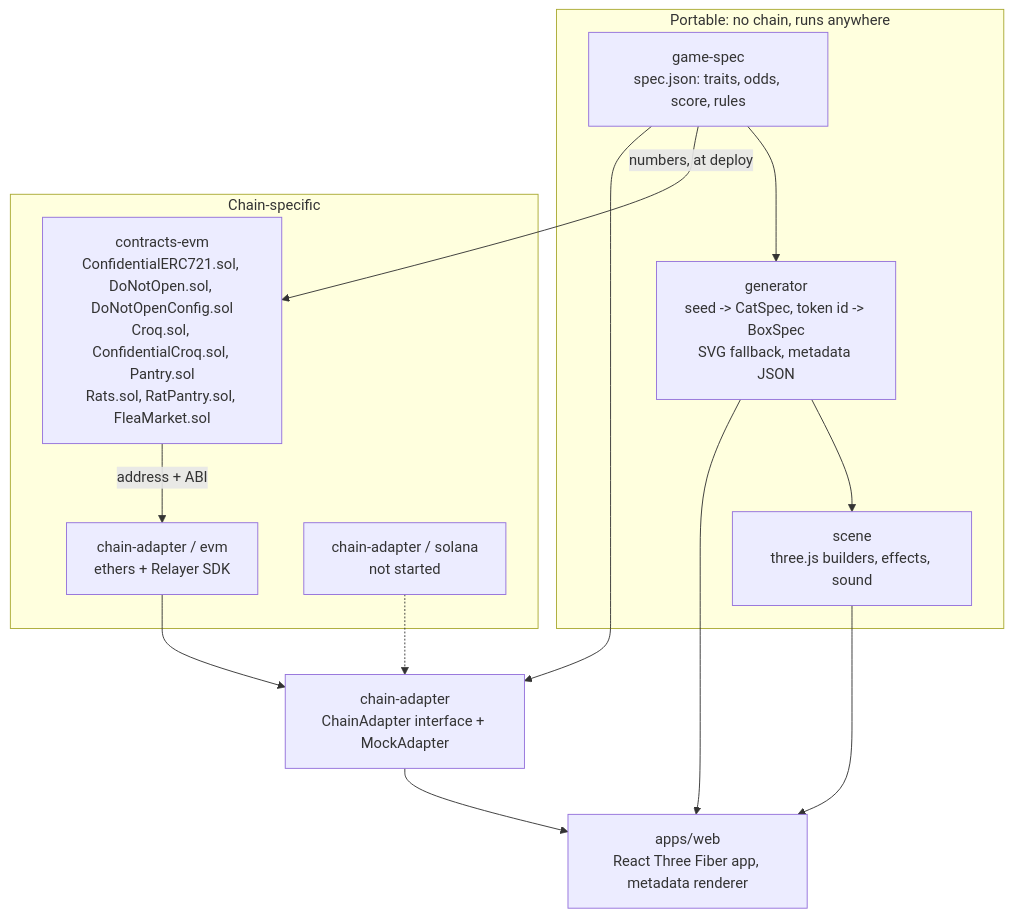
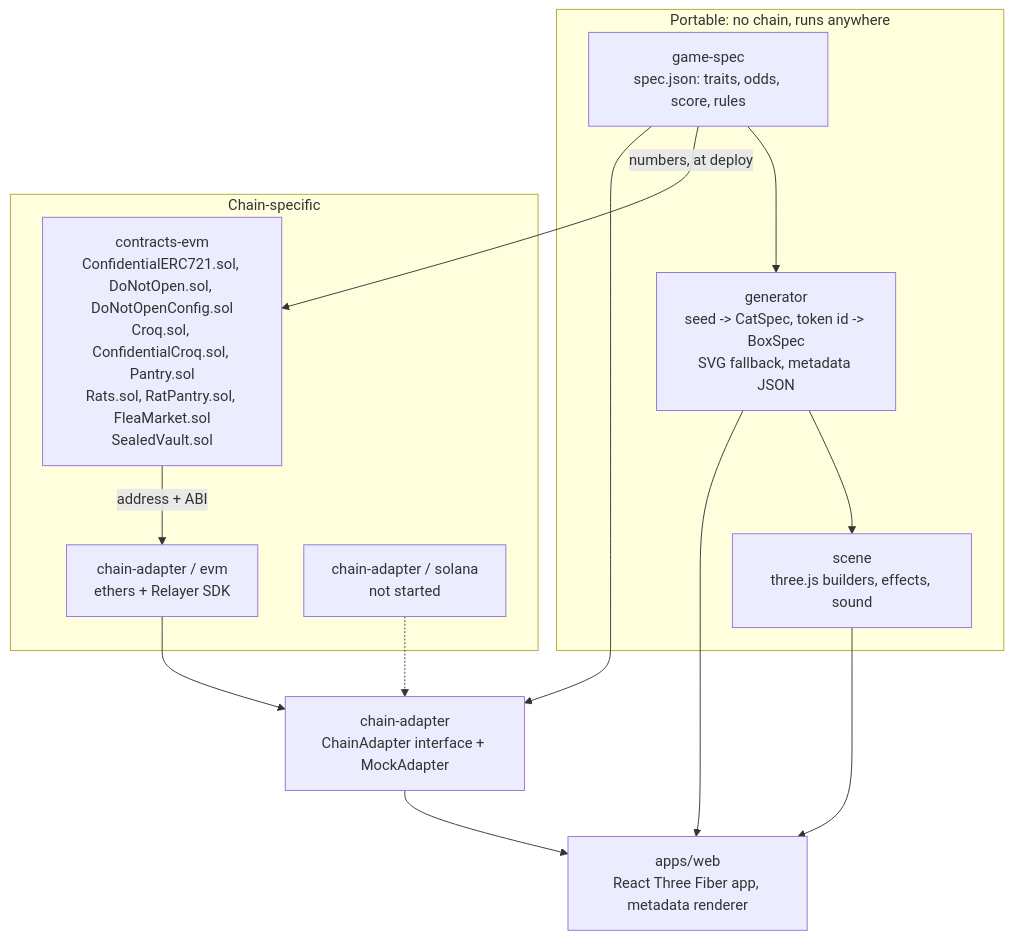
One commit to jecombe/do_not_open changed the first of 6 diagrams in docs/ARCHITECTURE.md. Above: the diagram before and after it, drawn with Mermaid. The commit also changed other lines of this file and 74 other files, not shown here.

Commit message:
Add the sealed vault, where any NFT sits in a box whose holder is encrypted and sells on Seaport or privately, and deploy it on Sepolia

````diff
--- a/docs/ARCHITECTURE.md
+++ b/docs/ARCHITECTURE.md
@@ -5,24 +5,24 @@
 ```mermaid
 flowchart TB
   subgraph portable["Portable: no chain, runs anywhere"]
     spec["game-spec<br/>spec.json: traits, odds, score, rules"]
     gen["generator<br/>seed -> CatSpec, token id -> BoxSpec<br/>SVG fallback, metadata JSON"]
     scene["scene<br/>three.js builders, effects, sound"]
   end
   subgraph chain["Chain-specific"]
-    evm["contracts-evm<br/>ConfidentialERC721.sol, DoNotOpen.sol, DoNotOpenConfig.sol<br/>Croq.sol, ConfidentialCroq.sol, Pantry.sol<br/>Rats.sol, RatPantry.sol, FleaMarket.sol"]
+    evm["contracts-evm<br/>ConfidentialERC721.sol, DoNotOpen.sol, DoNotOpenConfig.sol<br/>Croq.sol, ConfidentialCroq.sol, Pantry.sol<br/>Rats.sol, RatPantry.sol, FleaMarket.sol<br/>SealedVault.sol"]
     impl["chain-adapter / evm<br/>ethers + Relayer SDK"]
     sol["chain-adapter / solana<br/>not started"]
   end
   iface["chain-adapter<br/>ChainAdapter interface + MockAdapter"]
   web["apps/web<br/>React Three Fiber app, metadata renderer"]
 
   spec --> gen --> scene --> web
   gen --> web
   spec -- "numbers, at deploy" --> evm
   evm -- "address + ABI" --> impl
   impl --> iface
   sol -.-> iface
   spec --> iface
   iface --> web
 ```
````
